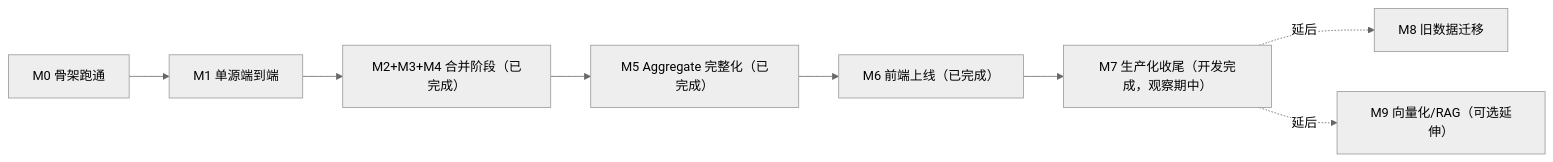
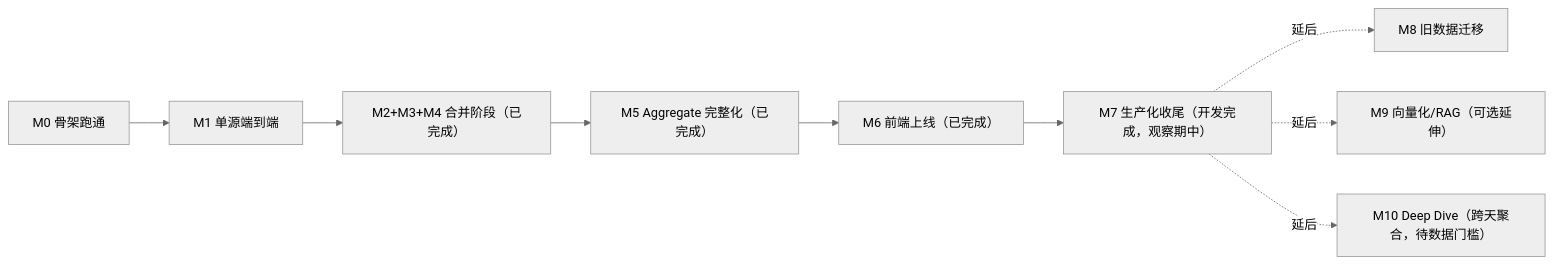
One commit to SkyJourney/ainews-project changed the diagram in docs/milestones/README.md. Above: the diagram before and after it, drawn with Mermaid (neutral theme). The commit also changed other lines of this file and 3 other files, not shown here.

First line of the commit message:
docs: 新增 M10 Deep Dive 里程碑占位——旧系统这个功能从未真正实现过

````diff
--- a/docs/milestones/README.md
+++ b/docs/milestones/README.md
@@ -7,10 +7,11 @@
 ```mermaid
 flowchart LR
     M0[M0 骨架跑通] --> M1[M1 单源端到端]
     M1 --> M234["M2+M3+M4 合并阶段（已完成）"]
     M234 --> M5["M5 Aggregate 完整化（已完成）"]
     M5 --> M6["M6 前端上线（已完成）"]
     M6 --> M7["M7 生产化收尾（开发完成，观察期中）"]
     M7 -.延后.-> M8[M8 旧数据迁移]
     M7 -.延后.-> M9["M9 向量化/RAG（可选延伸）"]
+    M7 -.延后.-> M10["M10 Deep Dive（跨天聚合，待数据门槛）"]
 ```
````
